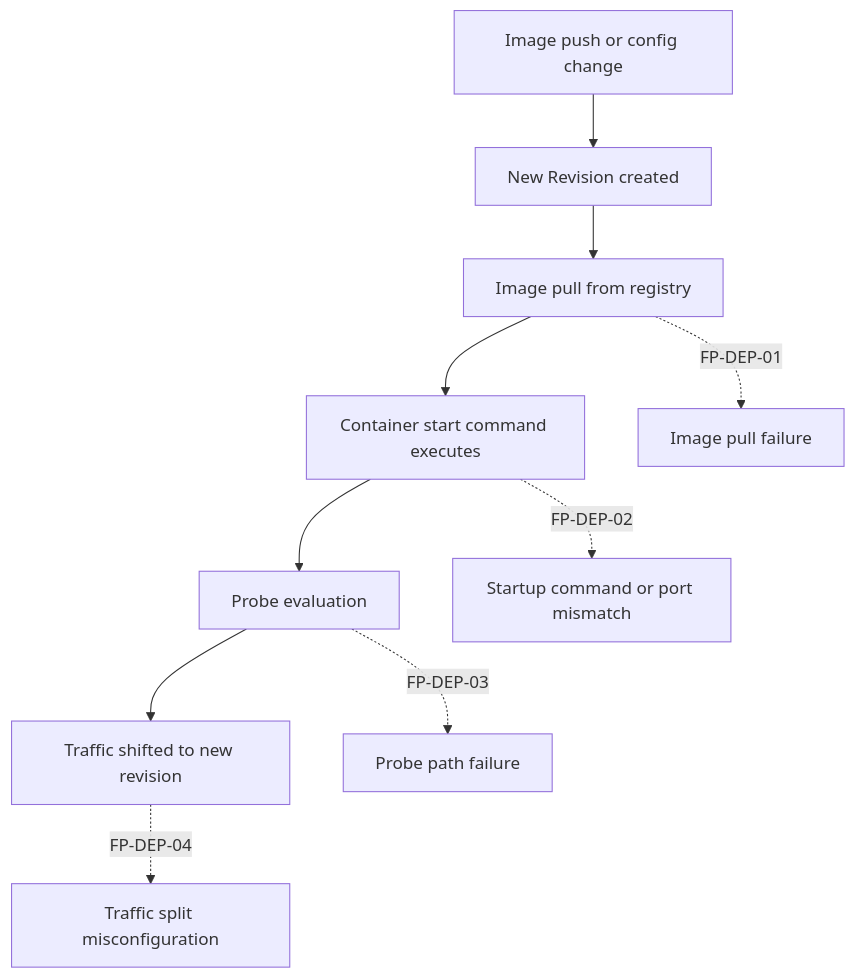
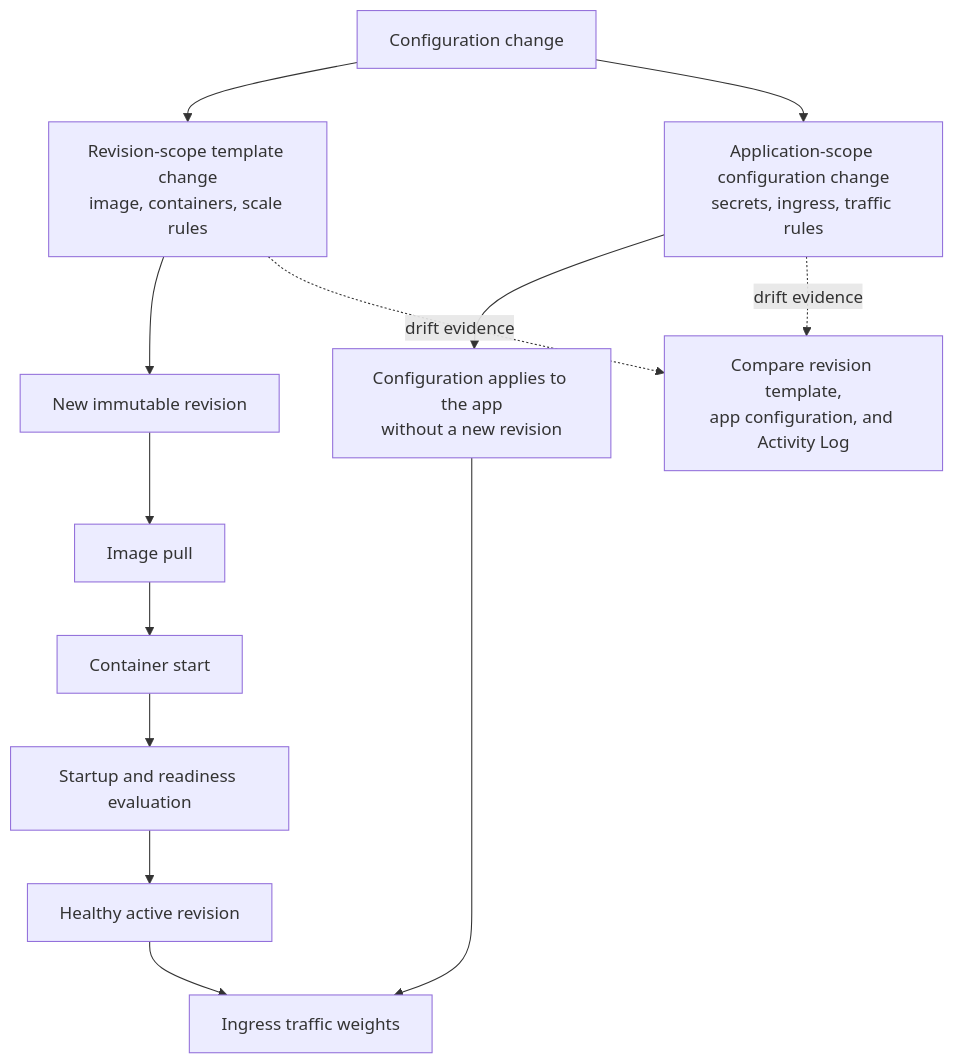
One commit to yeongseon/azure-container-apps-practical-guide changed the third of 5 diagrams in docs/troubleshooting/architecture-overview.md. Above: the diagram before and after it, drawn with Mermaid. The commit also changed other lines of this file and 13 other files, not shown here.

Commit message:
docs(diagrams): migrate the Container Apps troubleshooting overview diagrams (#616)

````diff
--- a/docs/troubleshooting/architecture-overview.md
+++ b/docs/troubleshooting/architecture-overview.md
@@ -147,13 +174,27 @@
 ```mermaid
 flowchart TD
-    A[Image push or config change] --> B[New Revision created]
-    B --> C[Image pull from registry]
-    C --> D[Container start command executes]
-    D --> E[Probe evaluation]
-    E --> F[Traffic shifted to new revision]
+    CHANGE[Configuration change]
+    TEMPLATE[Revision-scope template change<br/>image, containers, scale rules]
+    APP[Application-scope configuration change<br/>secrets, ingress, traffic rules]
+    REVISION[New immutable revision]
+    PULL[Image pull]
+    START[Container start]
+    PROBES[Startup and readiness evaluation]
+    ACTIVE[Healthy active revision]
+    GLOBAL[Configuration applies to the app<br/>without a new revision]
+    TRAFFIC[Ingress traffic weights]
+    EVIDENCE[Compare revision template,<br/>app configuration, and Activity Log]
 
-    C -. FP-DEP-01 .-> C1[Image pull failure]
-    D -. FP-DEP-02 .-> D1[Startup command or port mismatch]
-    E -. FP-DEP-03 .-> E1[Probe path failure]
-    F -. FP-DEP-04 .-> F1[Traffic split misconfiguration]
+    CHANGE --> TEMPLATE
+    CHANGE --> APP
+    TEMPLATE --> REVISION
+    REVISION --> PULL
+    PULL --> START
+    START --> PROBES
+    PROBES --> ACTIVE
+    APP --> GLOBAL
+    GLOBAL --> TRAFFIC
+    ACTIVE --> TRAFFIC
+    TEMPLATE -. drift evidence .-> EVIDENCE
+    APP -. drift evidence .-> EVIDENCE
 ```
````
